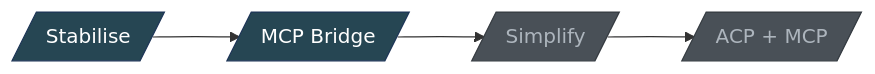
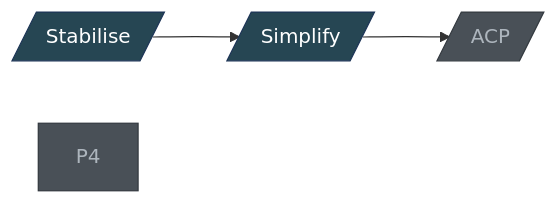
Before and after one commit to EvanNotFound/opencode-cursor: the second of 2 diagrams in README.md, drawn with Mermaid. The commit also changed other lines of this file and 117 other files, not shown here.

````diff
--- a/README.md
+++ b/README.md
@@ -251,9 +200,9 @@
 ```mermaid
 flowchart LR
-    P1[/Stabilise/] --> P2[/MCP Bridge/] --> P3[/Simplify/] --> P4[/ACP + MCP/]
+    P1[/Stabilise/] --> P2[/Simplify/] --> P3[/ACP/]
 
     style P1 fill:#264653,stroke:#1d3557,color:#fff
     style P2 fill:#264653,stroke:#1d3557,color:#fff
     style P3 fill:#495057,stroke:#343a40,color:#adb5bd
     style P4 fill:#495057,stroke:#343a40,color:#adb5bd
 ```
````
